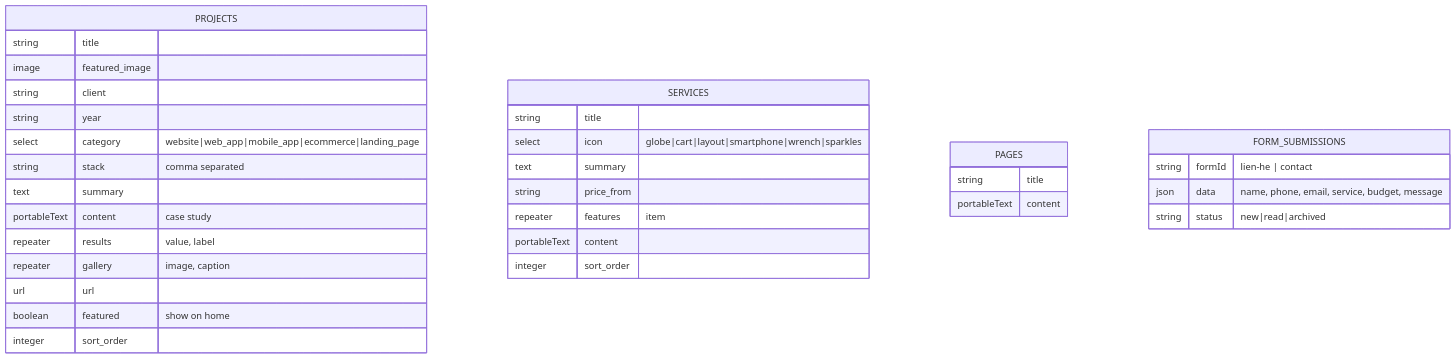
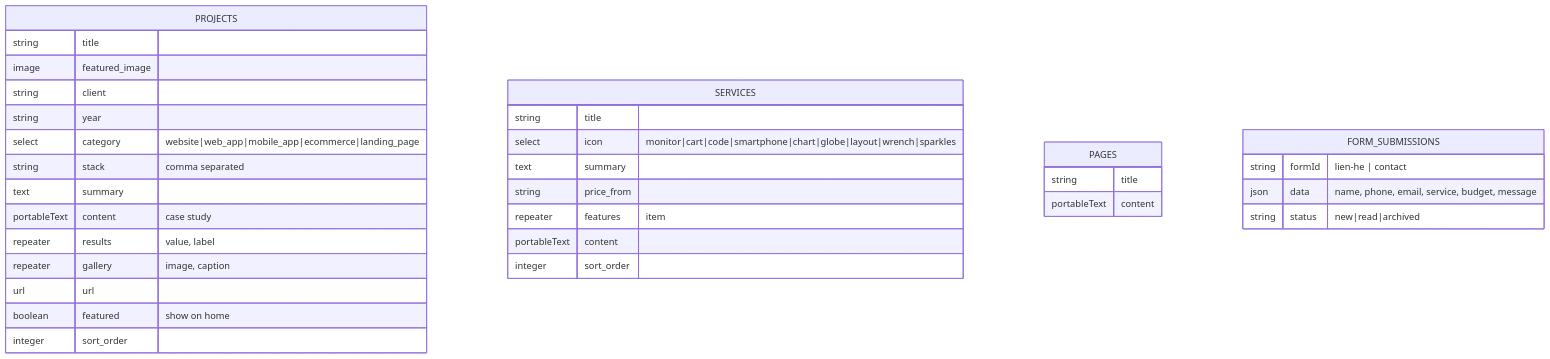
The fifth of 6 diagrams in docs/architecture.md (TanNgo11/ctstack), drawn with Mermaid before and after one commit. The commit also changed 14 other files, not shown here.

````diff
--- a/docs/architecture.md
+++ b/docs/architecture.md
@@ -130,36 +130,36 @@
 ```mermaid
 erDiagram
     PROJECTS {
         string title
         image featured_image
         string client
         string year
         select category "website|web_app|mobile_app|ecommerce|landing_page"
         string stack "comma separated"
         text summary
         portableText content "case study"
         repeater results "value, label"
         repeater gallery "image, caption"
         url url
         boolean featured "show on home"
         integer sort_order
     }
     SERVICES {
         string title
-        select icon "globe|cart|layout|smartphone|wrench|sparkles"
+        select icon "monitor|cart|code|smartphone|chart|globe|layout|wrench|sparkles"
         text summary
         string price_from
         repeater features "item"
         portableText content
         integer sort_order
     }
     PAGES {
         string title
         portableText content
     }
     FORM_SUBMISSIONS {
         string formId "lien-he | contact"
         json data "name, phone, email, service, budget, message"
         string status "new|read|archived"
     }
 ```
````
